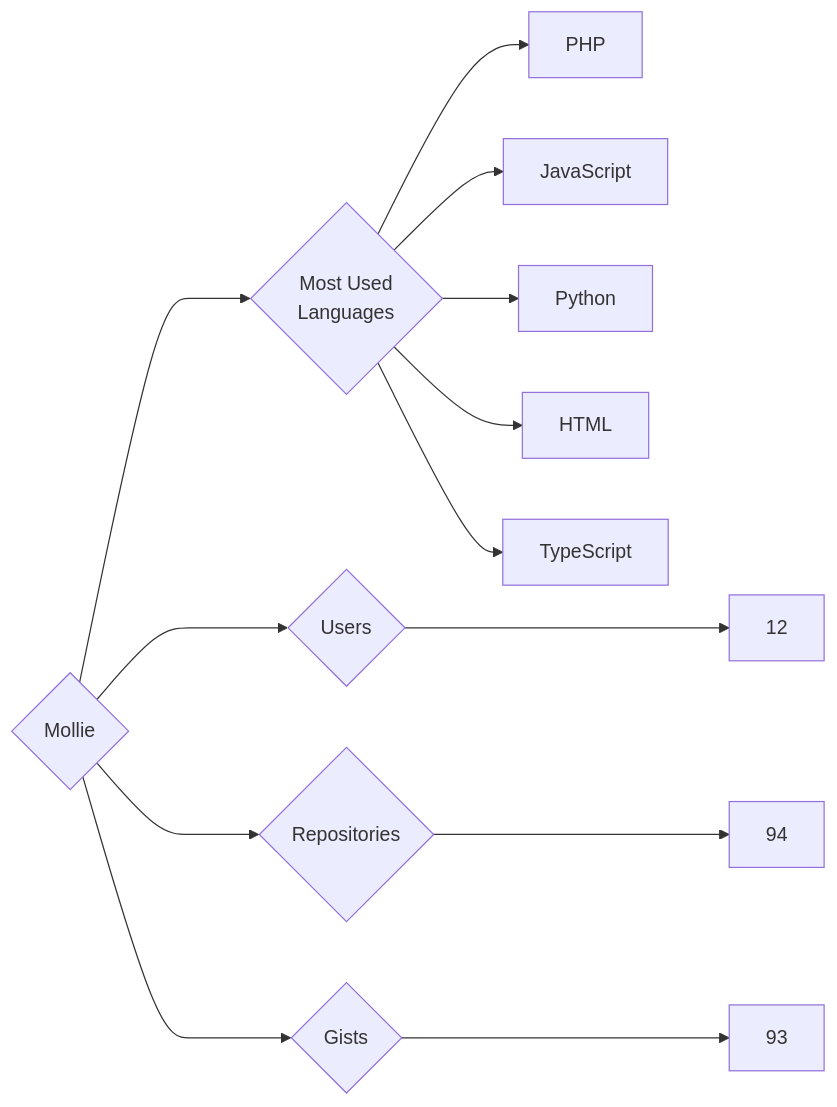
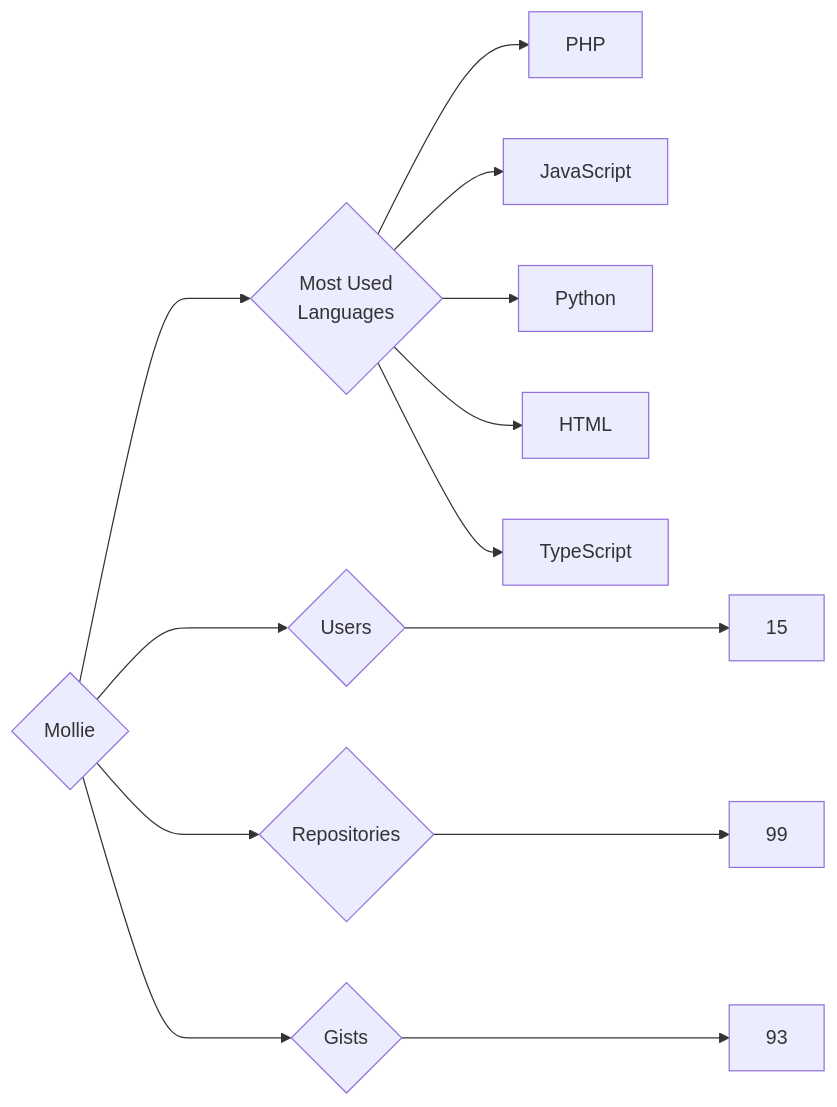
The diagram in targets/Mollie/README.md (trickest/insiders), drawn with Mermaid before and after one commit. The commit also changed 1696 other files, not shown here.

````diff
--- a/targets/Mollie/README.md
+++ b/targets/Mollie/README.md
@@ -3,13 +3,13 @@
 ```mermaid
 graph LR
 COMPANY_NAME{Mollie}
-COMPANY_NAME ---> U{Users} ---> UN[12]
-COMPANY_NAME ---> R{Repositories} ---> RN[94]
+COMPANY_NAME ---> U{Users} ---> UN[15]
+COMPANY_NAME ---> R{Repositories} ---> RN[99]
 COMPANY_NAME ---> G{Gists} ---> GN[93]
 COMPANY_NAME ---> ML{Most Used<br>Languages}
 ML --> PHP[PHP]
 ML --> JavaScript[JavaScript]
 ML --> Python[Python]
 ML --> HTML[HTML]
 ML --> TypeScript[TypeScript]
 ```
````
